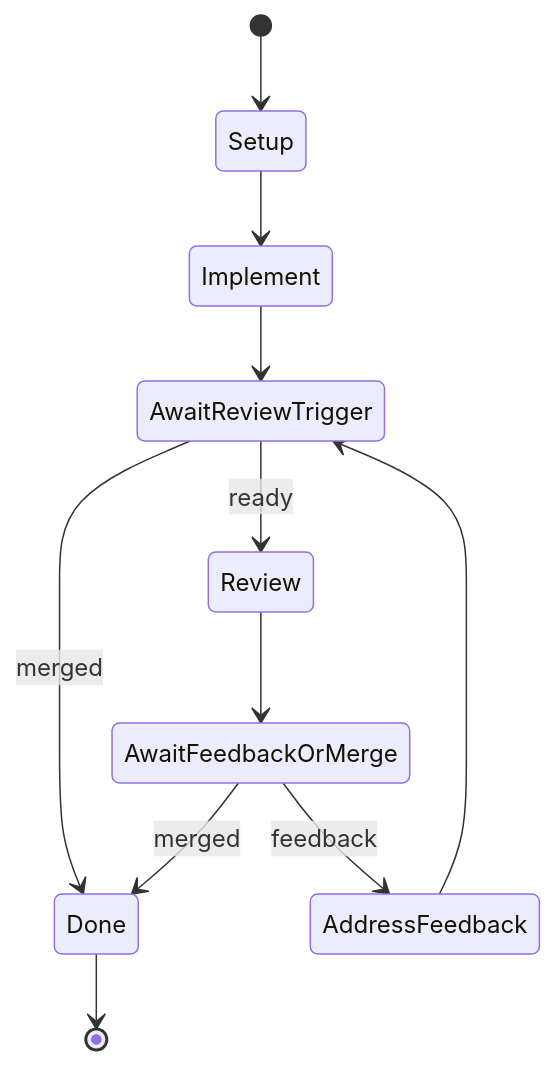
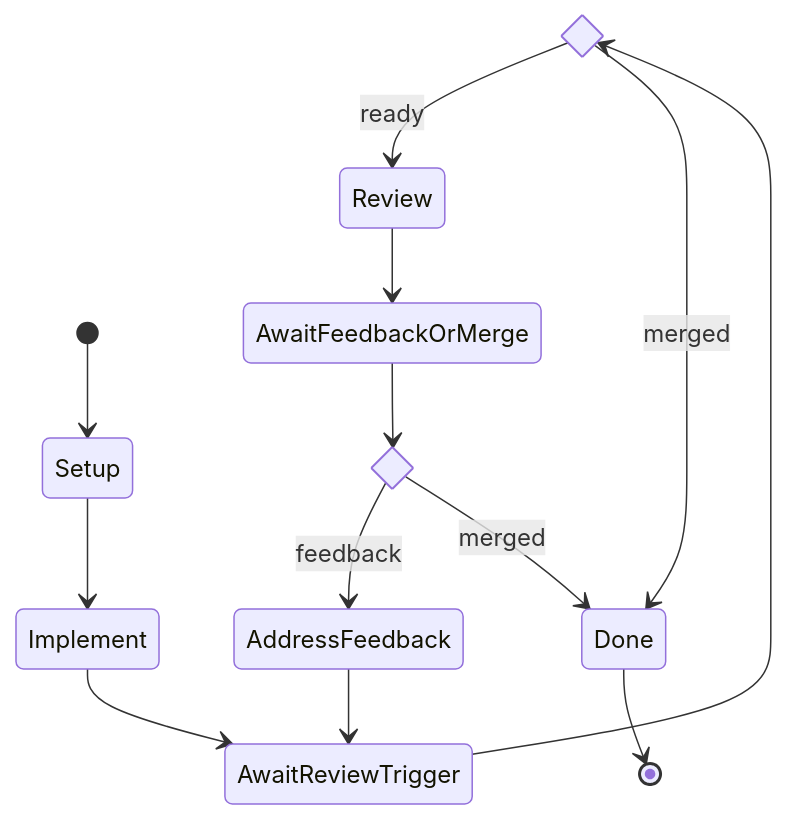
The diagram in examples/keystone/README.md (daystrom-institute/blackbox), drawn with Mermaid before and after one commit. The commit also changed other lines of this file and 17 other files, not shown here.

````diff
--- a/examples/keystone/README.md
+++ b/examples/keystone/README.md
@@ -110,13 +118,17 @@
 ```mermaid
 stateDiagram-v2
+    state ReviewOrDone <<choice>>
+    state FeedbackOrDone <<choice>>
     [*] --> Setup
     Setup --> Implement
     Implement --> AwaitReviewTrigger
-    AwaitReviewTrigger --> Review : ready
-    AwaitReviewTrigger --> Done : merged
+    AwaitReviewTrigger --> ReviewOrDone
+    ReviewOrDone --> Review : ready
+    ReviewOrDone --> Done : merged
     Review --> AwaitFeedbackOrMerge
-    AwaitFeedbackOrMerge --> AddressFeedback : feedback
-    AwaitFeedbackOrMerge --> Done : merged
+    AwaitFeedbackOrMerge --> FeedbackOrDone
+    FeedbackOrDone --> AddressFeedback : feedback
+    FeedbackOrDone --> Done : merged
     AddressFeedback --> AwaitReviewTrigger
     Done --> [*]
 ```
````
